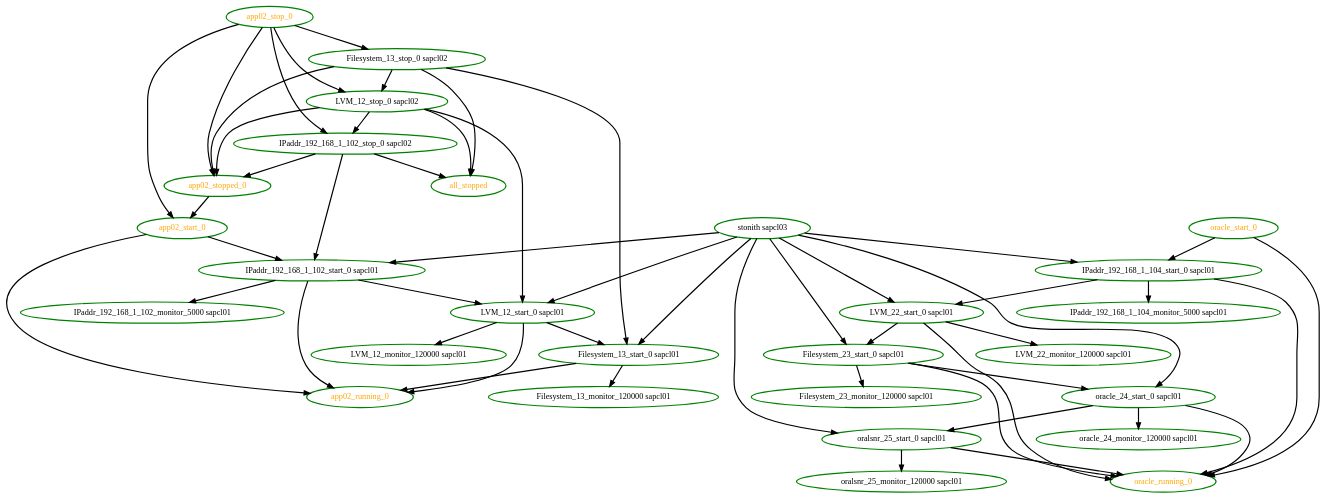
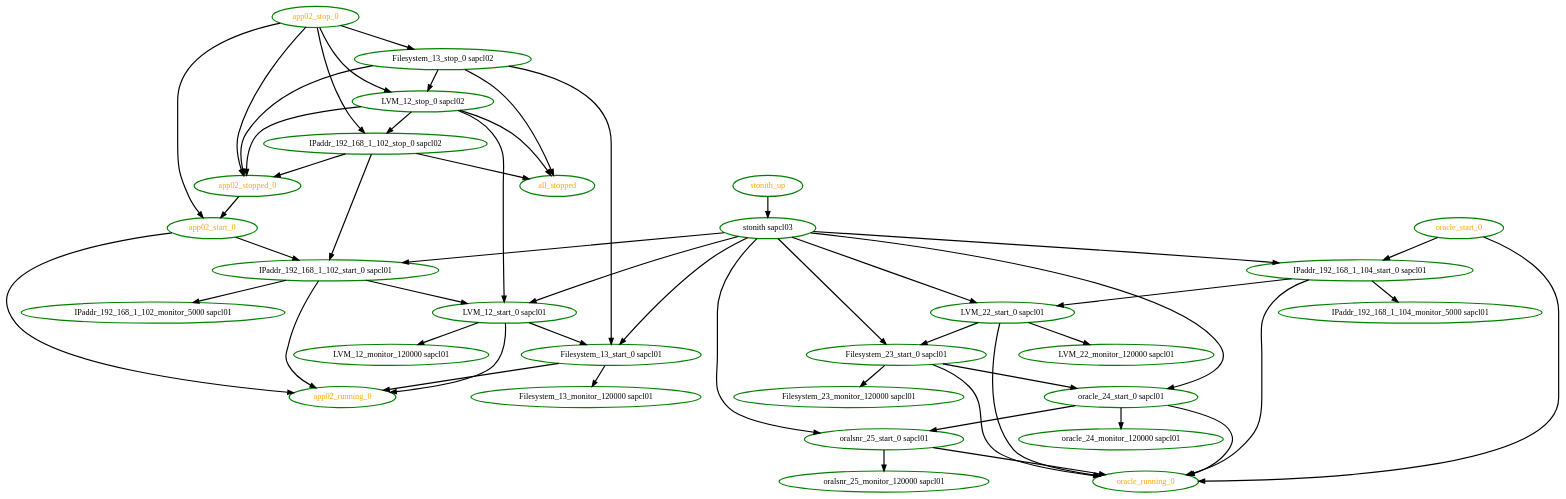
Before and after one commit to richiewen8/heartbeat: the diagram in crm/pengine/testcases/rec-node-15.dot, drawn with Graphviz. The commit also changed 33 other files, not shown here.

```diff
--- a/crm/pengine/testcases/rec-node-15.dot
+++ b/crm/pengine/testcases/rec-node-15.dot
@@ -1,80 +1,82 @@
  digraph "g" {
 "Filesystem_13_monitor_120000 sapcl01" [ style=bold color="green" fontcolor="black"  ]
 "Filesystem_13_start_0 sapcl01" -> "Filesystem_13_monitor_120000 sapcl01" [ style = bold]
 "Filesystem_13_start_0 sapcl01" -> "app02_running_0" [ style = bold]
 "Filesystem_13_start_0 sapcl01" [ style=bold color="green" fontcolor="black"  ]
 "Filesystem_13_stop_0 sapcl02" -> "Filesystem_13_start_0 sapcl01" [ style = bold]
 "Filesystem_13_stop_0 sapcl02" -> "LVM_12_stop_0 sapcl02" [ style = bold]
 "Filesystem_13_stop_0 sapcl02" -> "all_stopped" [ style = bold]
 "Filesystem_13_stop_0 sapcl02" -> "app02_stopped_0" [ style = bold]
 "Filesystem_13_stop_0 sapcl02" [ style=bold color="green" fontcolor="black"  ]
 "Filesystem_23_monitor_120000 sapcl01" [ style=bold color="green" fontcolor="black"  ]
 "Filesystem_23_start_0 sapcl01" -> "Filesystem_23_monitor_120000 sapcl01" [ style = bold]
 "Filesystem_23_start_0 sapcl01" -> "oracle_24_start_0 sapcl01" [ style = bold]
 "Filesystem_23_start_0 sapcl01" -> "oracle_running_0" [ style = bold]
 "Filesystem_23_start_0 sapcl01" [ style=bold color="green" fontcolor="black"  ]
 "IPaddr_192_168_1_102_monitor_5000 sapcl01" [ style=bold color="green" fontcolor="black"  ]
 "IPaddr_192_168_1_102_start_0 sapcl01" -> "IPaddr_192_168_1_102_monitor_5000 sapcl01" [ style = bold]
 "IPaddr_192_168_1_102_start_0 sapcl01" -> "LVM_12_start_0 sapcl01" [ style = bold]
 "IPaddr_192_168_1_102_start_0 sapcl01" -> "app02_running_0" [ style = bold]
 "IPaddr_192_168_1_102_start_0 sapcl01" [ style=bold color="green" fontcolor="black"  ]
 "IPaddr_192_168_1_102_stop_0 sapcl02" -> "IPaddr_192_168_1_102_start_0 sapcl01" [ style = bold]
 "IPaddr_192_168_1_102_stop_0 sapcl02" -> "all_stopped" [ style = bold]
 "IPaddr_192_168_1_102_stop_0 sapcl02" -> "app02_stopped_0" [ style = bold]
 "IPaddr_192_168_1_102_stop_0 sapcl02" [ style=bold color="green" fontcolor="black"  ]
 "IPaddr_192_168_1_104_monitor_5000 sapcl01" [ style=bold color="green" fontcolor="black"  ]
 "IPaddr_192_168_1_104_start_0 sapcl01" -> "IPaddr_192_168_1_104_monitor_5000 sapcl01" [ style = bold]
 "IPaddr_192_168_1_104_start_0 sapcl01" -> "LVM_22_start_0 sapcl01" [ style = bold]
 "IPaddr_192_168_1_104_start_0 sapcl01" -> "oracle_running_0" [ style = bold]
 "IPaddr_192_168_1_104_start_0 sapcl01" [ style=bold color="green" fontcolor="black"  ]
 "LVM_12_monitor_120000 sapcl01" [ style=bold color="green" fontcolor="black"  ]
 "LVM_12_start_0 sapcl01" -> "Filesystem_13_start_0 sapcl01" [ style = bold]
 "LVM_12_start_0 sapcl01" -> "LVM_12_monitor_120000 sapcl01" [ style = bold]
 "LVM_12_start_0 sapcl01" -> "app02_running_0" [ style = bold]
 "LVM_12_start_0 sapcl01" [ style=bold color="green" fontcolor="black"  ]
 "LVM_12_stop_0 sapcl02" -> "IPaddr_192_168_1_102_stop_0 sapcl02" [ style = bold]
 "LVM_12_stop_0 sapcl02" -> "LVM_12_start_0 sapcl01" [ style = bold]
 "LVM_12_stop_0 sapcl02" -> "all_stopped" [ style = bold]
 "LVM_12_stop_0 sapcl02" -> "app02_stopped_0" [ style = bold]
 "LVM_12_stop_0 sapcl02" [ style=bold color="green" fontcolor="black"  ]
 "LVM_22_monitor_120000 sapcl01" [ style=bold color="green" fontcolor="black"  ]
 "LVM_22_start_0 sapcl01" -> "Filesystem_23_start_0 sapcl01" [ style = bold]
 "LVM_22_start_0 sapcl01" -> "LVM_22_monitor_120000 sapcl01" [ style = bold]
 "LVM_22_start_0 sapcl01" -> "oracle_running_0" [ style = bold]
 "LVM_22_start_0 sapcl01" [ style=bold color="green" fontcolor="black"  ]
 "all_stopped" [ style=bold color="green" fontcolor="orange"  ]
 "app02_running_0" [ style=bold color="green" fontcolor="orange"  ]
 "app02_start_0" -> "IPaddr_192_168_1_102_start_0 sapcl01" [ style = bold]
 "app02_start_0" -> "app02_running_0" [ style = bold]
 "app02_start_0" [ style=bold color="green" fontcolor="orange"  ]
 "app02_stop_0" -> "Filesystem_13_stop_0 sapcl02" [ style = bold]
 "app02_stop_0" -> "IPaddr_192_168_1_102_stop_0 sapcl02" [ style = bold]
 "app02_stop_0" -> "LVM_12_stop_0 sapcl02" [ style = bold]
 "app02_stop_0" -> "app02_start_0" [ style = bold]
 "app02_stop_0" -> "app02_stopped_0" [ style = bold]
 "app02_stop_0" [ style=bold color="green" fontcolor="orange"  ]
 "app02_stopped_0" -> "app02_start_0" [ style = bold]
 "app02_stopped_0" [ style=bold color="green" fontcolor="orange"  ]
 "oracle_24_monitor_120000 sapcl01" [ style=bold color="green" fontcolor="black"  ]
 "oracle_24_start_0 sapcl01" -> "oracle_24_monitor_120000 sapcl01" [ style = bold]
 "oracle_24_start_0 sapcl01" -> "oracle_running_0" [ style = bold]
 "oracle_24_start_0 sapcl01" -> "oralsnr_25_start_0 sapcl01" [ style = bold]
 "oracle_24_start_0 sapcl01" [ style=bold color="green" fontcolor="black"  ]
 "oracle_running_0" [ style=bold color="green" fontcolor="orange"  ]
 "oracle_start_0" -> "IPaddr_192_168_1_104_start_0 sapcl01" [ style = bold]
 "oracle_start_0" -> "oracle_running_0" [ style = bold]
 "oracle_start_0" [ style=bold color="green" fontcolor="orange"  ]
 "oralsnr_25_monitor_120000 sapcl01" [ style=bold color="green" fontcolor="black"  ]
 "oralsnr_25_start_0 sapcl01" -> "oracle_running_0" [ style = bold]
 "oralsnr_25_start_0 sapcl01" -> "oralsnr_25_monitor_120000 sapcl01" [ style = bold]
 "oralsnr_25_start_0 sapcl01" [ style=bold color="green" fontcolor="black"  ]
 "stonith sapcl03" -> "Filesystem_13_start_0 sapcl01" [ style = bold]
 "stonith sapcl03" -> "Filesystem_23_start_0 sapcl01" [ style = bold]
 "stonith sapcl03" -> "IPaddr_192_168_1_102_start_0 sapcl01" [ style = bold]
 "stonith sapcl03" -> "IPaddr_192_168_1_104_start_0 sapcl01" [ style = bold]
 "stonith sapcl03" -> "LVM_12_start_0 sapcl01" [ style = bold]
 "stonith sapcl03" -> "LVM_22_start_0 sapcl01" [ style = bold]
 "stonith sapcl03" -> "oracle_24_start_0 sapcl01" [ style = bold]
 "stonith sapcl03" -> "oralsnr_25_start_0 sapcl01" [ style = bold]
 "stonith sapcl03" [ style=bold color="green" fontcolor="black"  ]
+"stonith_up" -> "stonith sapcl03" [ style = bold]
+"stonith_up" [ style=bold color="green" fontcolor="orange"  ]
 }
```
